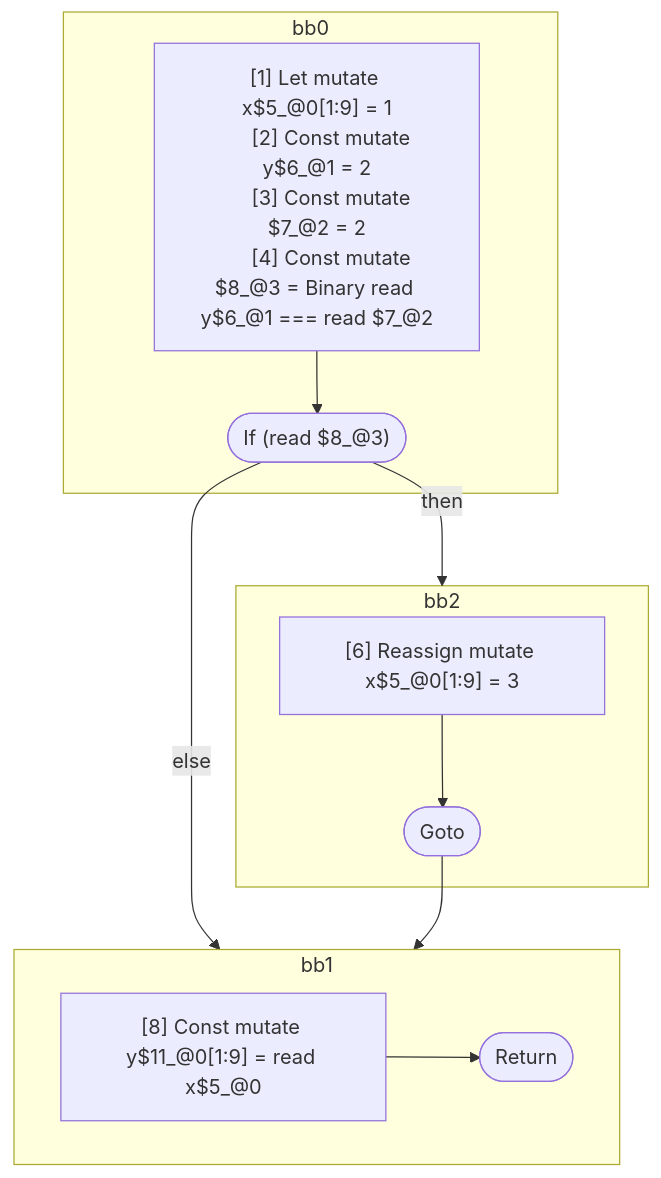
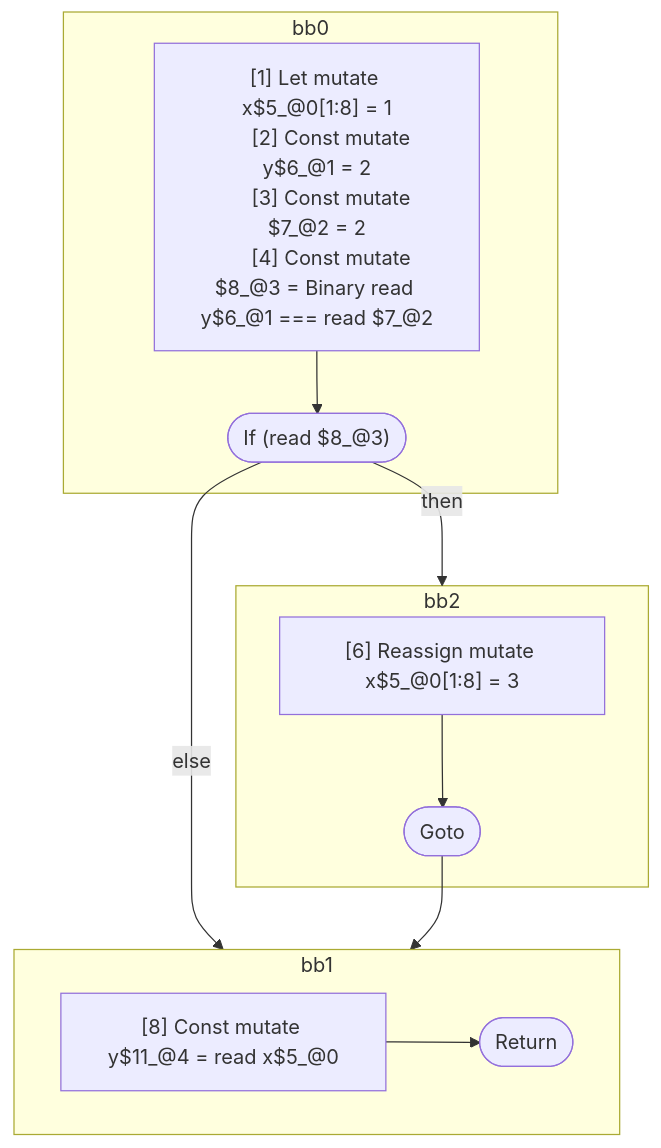
One commit to wutsmog/private changed the diagram in compiler/forget/src/__tests__/fixtures/hir/ssa-complex-single-if.expect.md. Above: the diagram before and after it, drawn with Mermaid. The commit also changed other lines of this file and 9 other files, not shown here.

````diff
--- a/compiler/forget/src/__tests__/fixtures/hir/ssa-complex-single-if.expect.md
+++ b/compiler/forget/src/__tests__/fixtures/hir/ssa-complex-single-if.expect.md
@@ -41,31 +43,31 @@
 ```mermaid
 flowchart TB
   %% Basic Blocks
   subgraph bb0
     bb0_instrs["
-      [1] Let mutate x$5_@0[1:9] = 1
+      [1] Let mutate x$5_@0[1:8] = 1
       [2] Const mutate y$6_@1 = 2
       [3] Const mutate $7_@2 = 2
       [4] Const mutate $8_@3 = Binary read y$6_@1 === read $7_@2
     "]
     bb0_instrs --> bb0_terminal(["If (read $8_@3)"])
   end
   subgraph bb2
     bb2_instrs["
-      [6] Reassign mutate x$5_@0[1:9] = 3
+      [6] Reassign mutate x$5_@0[1:8] = 3
     "]
     bb2_instrs --> bb2_terminal(["Goto"])
   end
   subgraph bb1
     bb1_instrs["
-      [8] Const mutate y$11_@0[1:9] = read x$5_@0
+      [8] Const mutate y$11_@4 = read x$5_@0
     "]
     bb1_instrs --> bb1_terminal(["Return"])
   end
 
   %% Jumps
   bb0_terminal -- "then" --> bb2
   bb0_terminal -- "else" --> bb1
   bb2_terminal --> bb1
 
 ```
````
